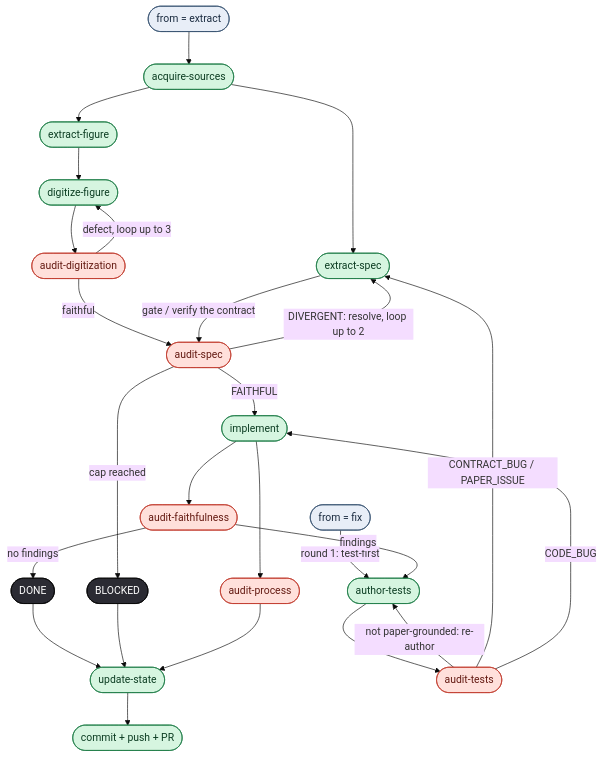
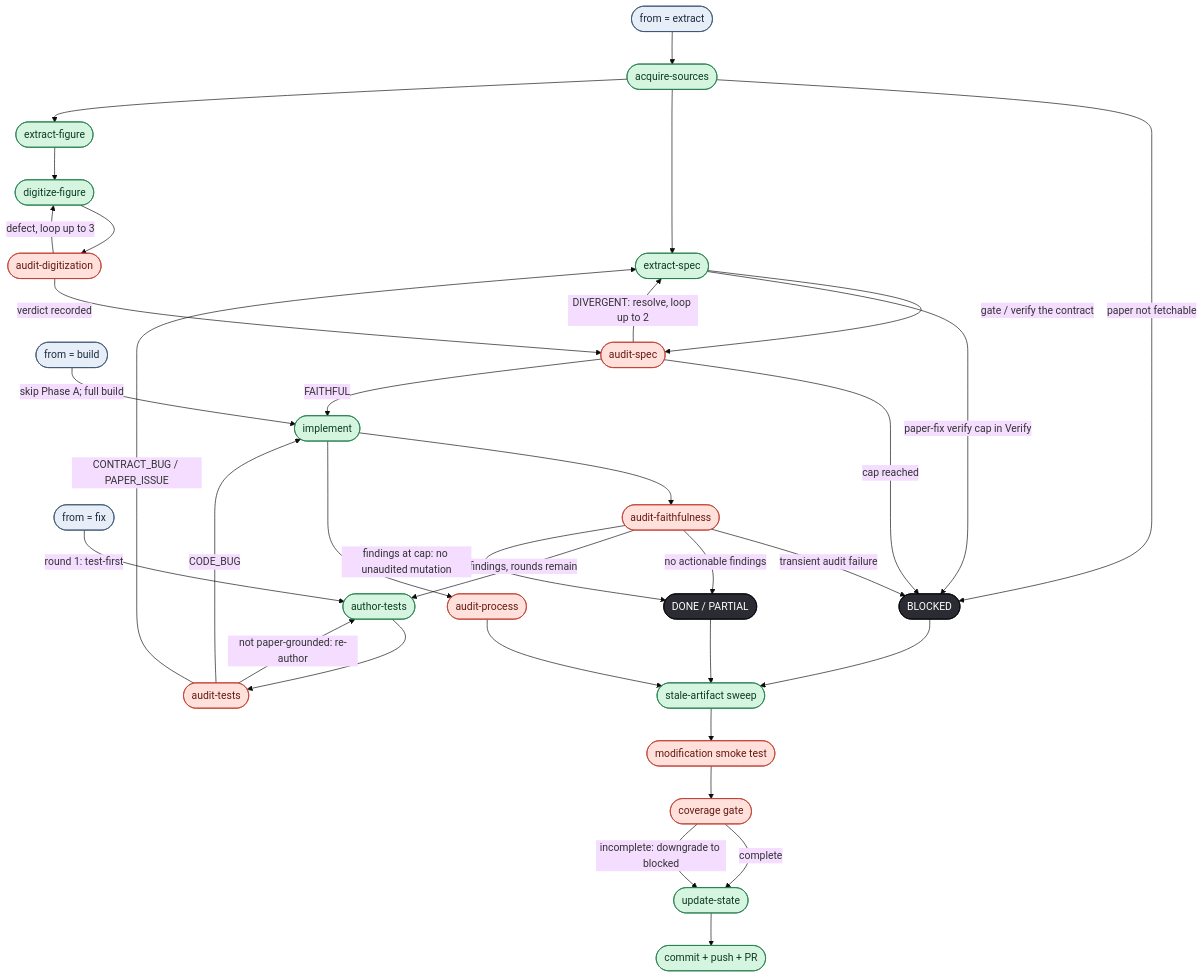
The diagram in WORKFLOW-graph.md (EstevaoUyra/model_agent), drawn with Mermaid (base theme) before and after one commit. The commit also changed other lines of this file and 4 other files, not shown here.

````diff
--- a/WORKFLOW-graph.md
+++ b/WORKFLOW-graph.md
@@ -20,56 +20,69 @@
 ```mermaid
 flowchart TD
   E0([from = extract]):::entry
+  B0([from = build]):::entry
   F0([from = fix]):::entry
 
   ACQ([acquire-sources]):::build
   XSPEC([extract-spec]):::build
   XFIG([extract-figure]):::build
   DIG([digitize-figure]):::build
   IMPL([implement]):::build
   ATEST([author-tests]):::build
+  SWEEP([stale-artifact sweep]):::build
+  SMOKE([modification smoke test]):::audit
+  COV([coverage gate]):::audit
   UPD([update-state]):::build
   PR([commit + push + PR]):::build
 
   ADIG([audit-digitization]):::audit
   ASPEC([audit-spec]):::audit
   AUTEST([audit-tests]):::audit
   AFAITH([audit-faithfulness]):::audit
   APROC([audit-process]):::audit
 
   BLOCK([BLOCKED]):::term
-  DONE([DONE]):::term
+  DONE([DONE / PARTIAL]):::term
 
   E0 --> ACQ
+  ACQ -->|paper not fetchable| BLOCK
   ACQ --> XSPEC
   ACQ --> XFIG
   XFIG --> DIG
   DIG --> ADIG
   ADIG -->|defect, loop up to 3| DIG
-  ADIG -->|faithful| ASPEC
+  ADIG -->|verdict recorded| ASPEC
   XSPEC -->|gate / verify the contract| ASPEC
   ASPEC -->|DIVERGENT: resolve, loop up to 2| XSPEC
   ASPEC -->|cap reached| BLOCK
   ASPEC -->|FAITHFUL| IMPL
 
+  B0 -->|skip Phase A; full build| IMPL
   F0 -->|round 1: test-first| ATEST
 
   IMPL --> AFAITH
   IMPL --> APROC
-  AFAITH -->|no findings| DONE
-  AFAITH -->|findings| ATEST
+  AFAITH -->|transient audit failure| BLOCK
+  AFAITH -->|no actionable findings| DONE
+  AFAITH -->|findings, rounds remain| ATEST
+  AFAITH -->|findings at cap: no unaudited mutation| DONE
   ATEST --> AUTEST
   AUTEST -->|not paper-grounded: re-author| ATEST
   AUTEST -->|CONTRACT_BUG / PAPER_ISSUE| XSPEC
   AUTEST -->|CODE_BUG| IMPL
+  XSPEC -->|paper-fix verify cap in Verify| BLOCK
 
-  DONE --> UPD
-  BLOCK --> UPD
-  APROC --> UPD
+  DONE --> SWEEP
+  BLOCK --> SWEEP
+  APROC --> SWEEP
+  SWEEP --> SMOKE
+  SMOKE --> COV
+  COV -->|complete| UPD
+  COV -->|incomplete: downgrade to blocked| UPD
   UPD --> PR
 
   classDef build fill:#d6f5e0,stroke:#1b7a44,color:#0c3d22;
   classDef audit fill:#ffe0db,stroke:#c0392b,color:#641a12;
   classDef entry fill:#e8eef7,stroke:#33506e,color:#1b2c40;
   classDef term fill:#2b2b33,stroke:#000,color:#fff;
 ```
````
